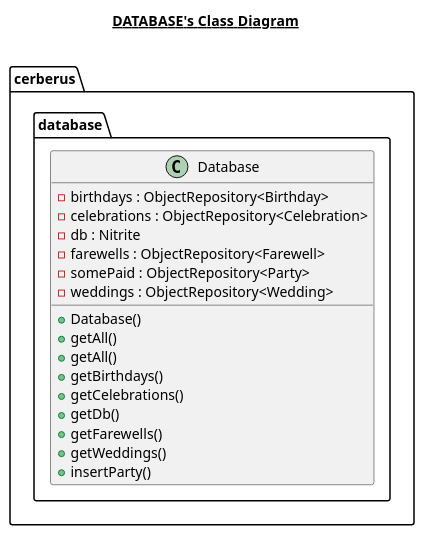
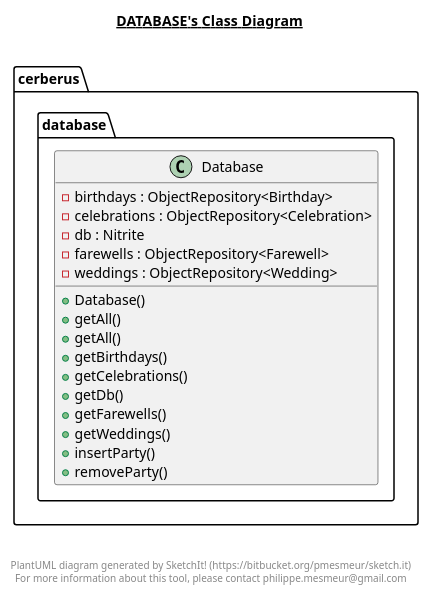
One commit to m-haisham/PartyPlanner changed the diagram in src/main/java/cerberus/database/database.plantuml. Above: the diagram before and after it, drawn with PlantUML. The commit also changed 28 other files, not shown here.

```diff
--- a/src/main/java/cerberus/database/database.plantuml
+++ b/src/main/java/cerberus/database/database.plantuml
@@ -1,28 +1,37 @@
 @startuml
 
 title __DATABASE's Class Diagram__\n
 
   namespace cerberus {
     namespace database {
       class cerberus.database.Database {
           - birthdays : ObjectRepository<Birthday>
           - celebrations : ObjectRepository<Celebration>
           - db : Nitrite
           - farewells : ObjectRepository<Farewell>
-          - somePaid : ObjectRepository<Party>
           - weddings : ObjectRepository<Wedding>
           + Database()
           + getAll()
           + getAll()
           + getBirthdays()
           + getCelebrations()
           + getDb()
           + getFarewells()
           + getWeddings()
           + insertParty()
+          + removeParty()
       }
     }
   }
+  
 
 
+
+right footer
+
+
+PlantUML diagram generated by SketchIt! (https://bitbucket.org/pmesmeur/sketch.it)
+For more information about this tool, please contact philippe.mesmeur@gmail.com
+endfooter
+
 @enduml
```
